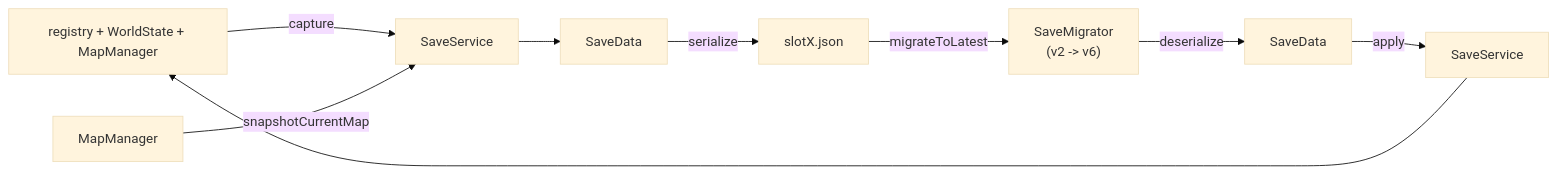
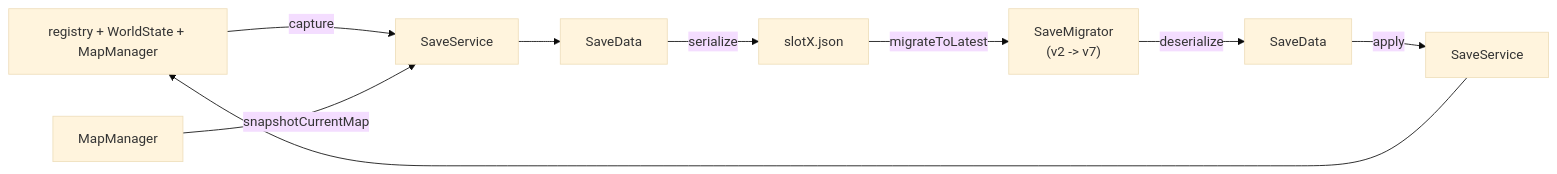
The second of 2 diagrams in docs/game/save_and_flow.md (WispSnow/TinyFarmRPG), drawn with Mermaid (base theme) before and after one commit. The commit also changed other lines of this file and 33 other files, not shown here.

````diff
--- a/docs/game/save_and_flow.md
+++ b/docs/game/save_and_flow.md
@@ -27,16 +27,16 @@
 ```mermaid
 flowchart LR
   %% Save path
   World["registry + WorldState + MapManager"] -->|capture| SaveSvcSave["SaveService"]
   SaveSvcSave --> SaveData["SaveData"]
   SaveData -->|serialize| JSON["slotX.json"]
 
   %% Load path
-  JSON -->|migrateToLatest| Migrator["SaveMigrator<br/>(v2 -> v6)"]
+  JSON -->|migrateToLatest| Migrator["SaveMigrator<br/>(v2 -> v7)"]
   Migrator -->|deserialize| SaveData2["SaveData"]
   SaveData2 -->|apply| SaveSvcLoad["SaveService"]
   SaveSvcLoad --> World
 
   %% Invariant
   MapMgr["MapManager"] -->|snapshotCurrentMap| SaveSvcSave
 ```
````
